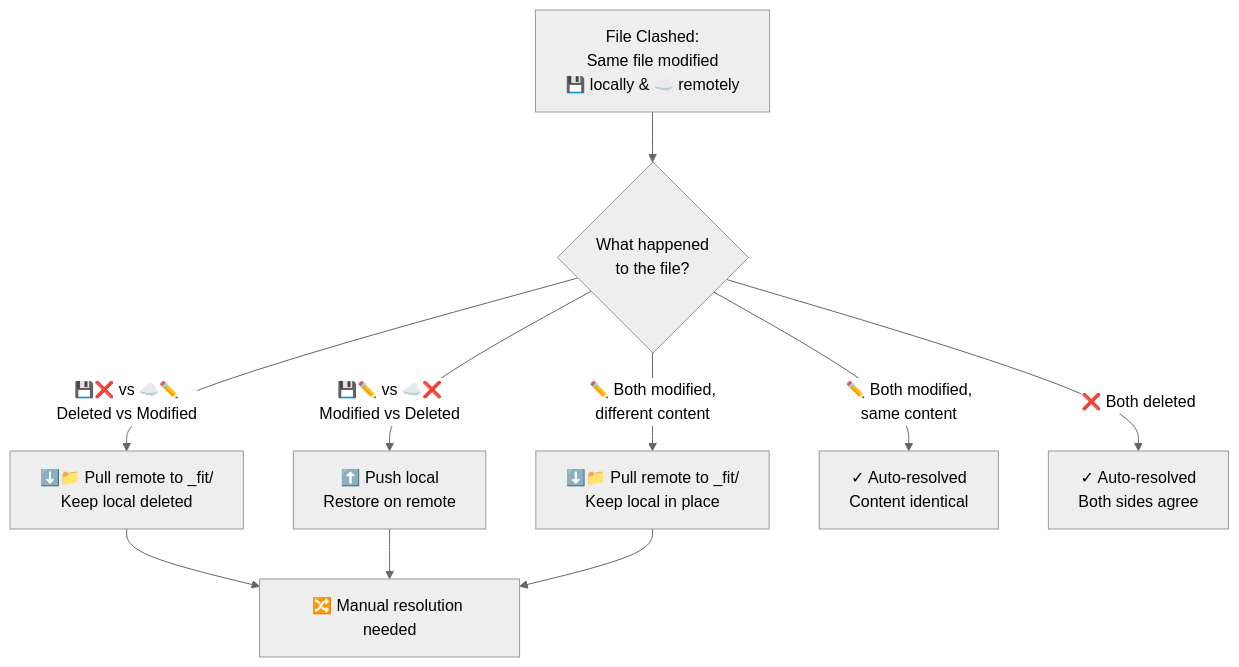
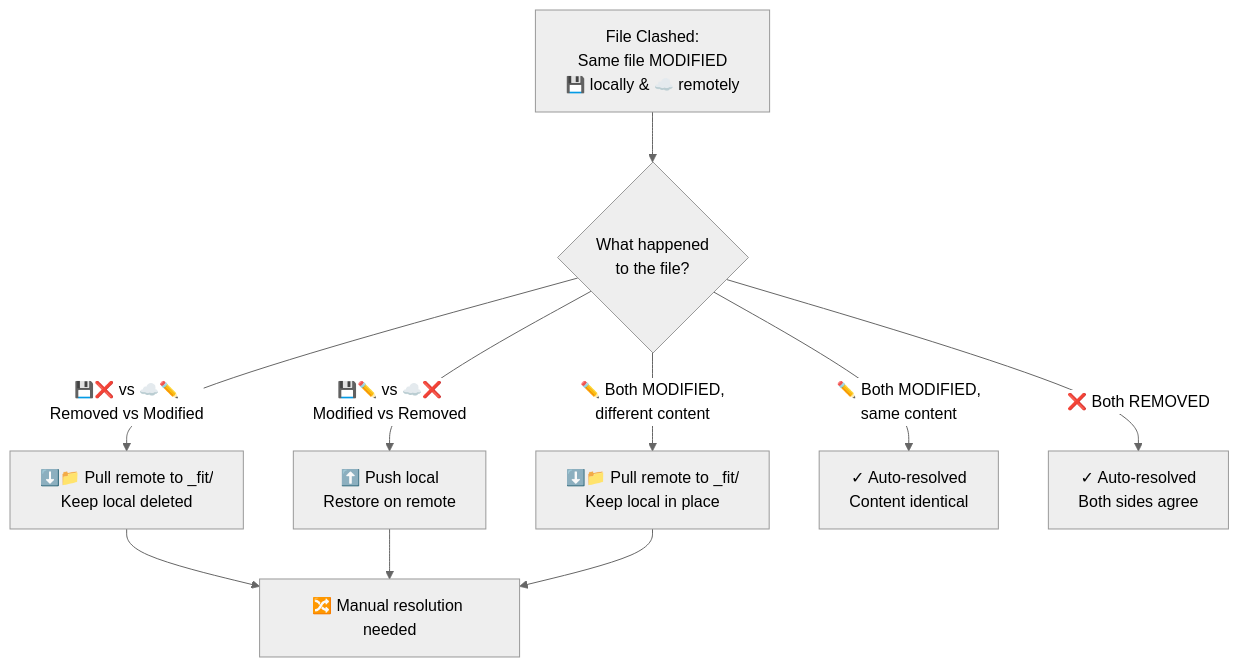
The fifth of 5 diagrams in docs/sync-logic.md (joshuakto/fit), drawn with Mermaid (neutral theme) before and after one commit. The commit also changed other lines of this file and 13 other files, not shown here.

````diff
--- a/docs/sync-logic.md
+++ b/docs/sync-logic.md
@@ -476,15 +476,15 @@
 ```mermaid
 flowchart TD
-    Start[File Clashed:<br/>Same file modified<br/>💾 locally & ☁️ remotely] --> CheckScenario{What happened<br/>to the file?}
+    Start[File Clashed:<br/>Same file MODIFIED<br/>💾 locally & ☁️ remotely] --> CheckScenario{What happened<br/>to the file?}
 
-    CheckScenario -->|✏️ Both modified,<br/>different content| SaveBoth[⬇️📁 Pull remote to _fit/<br/>Keep local in place]
-    CheckScenario -->|💾❌ vs ☁️✏️<br/>Deleted vs Modified| SaveRemote[⬇️📁 Pull remote to _fit/<br/>Keep local deleted]
-    CheckScenario -->|💾✏️ vs ☁️❌<br/>Modified vs Deleted| KeepLocal[⬆️ Push local<br/>Restore on remote]
+    CheckScenario -->|✏️ Both MODIFIED,<br/>different content| SaveBoth[⬇️📁 Pull remote to _fit/<br/>Keep local in place]
+    CheckScenario -->|💾❌ vs ☁️✏️<br/>Removed vs Modified| SaveRemote[⬇️📁 Pull remote to _fit/<br/>Keep local deleted]
+    CheckScenario -->|💾✏️ vs ☁️❌<br/>Modified vs Removed| KeepLocal[⬆️ Push local<br/>Restore on remote]
 
-    CheckScenario -->|✏️ Both modified,<br/>same content| AutoResolve2[✓ Auto-resolved<br/>Content identical]
-    CheckScenario -->|❌ Both deleted| AutoResolve1[✓ Auto-resolved<br/>Both sides agree]
+    CheckScenario -->|✏️ Both MODIFIED,<br/>same content| AutoResolve2[✓ Auto-resolved<br/>Content identical]
+    CheckScenario -->|❌ Both REMOVED| AutoResolve1[✓ Auto-resolved<br/>Both sides agree]
 
     SaveRemote --> Manual[🔀 Manual resolution needed]
     KeepLocal --> Manual
     SaveBoth --> Manual
 ```
````
